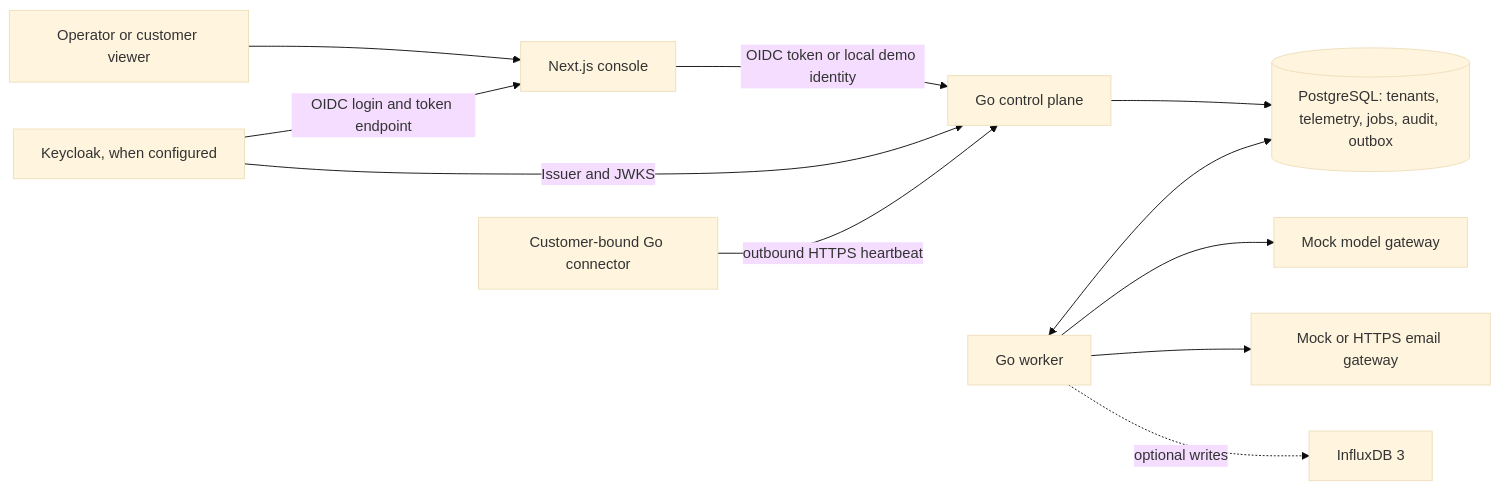
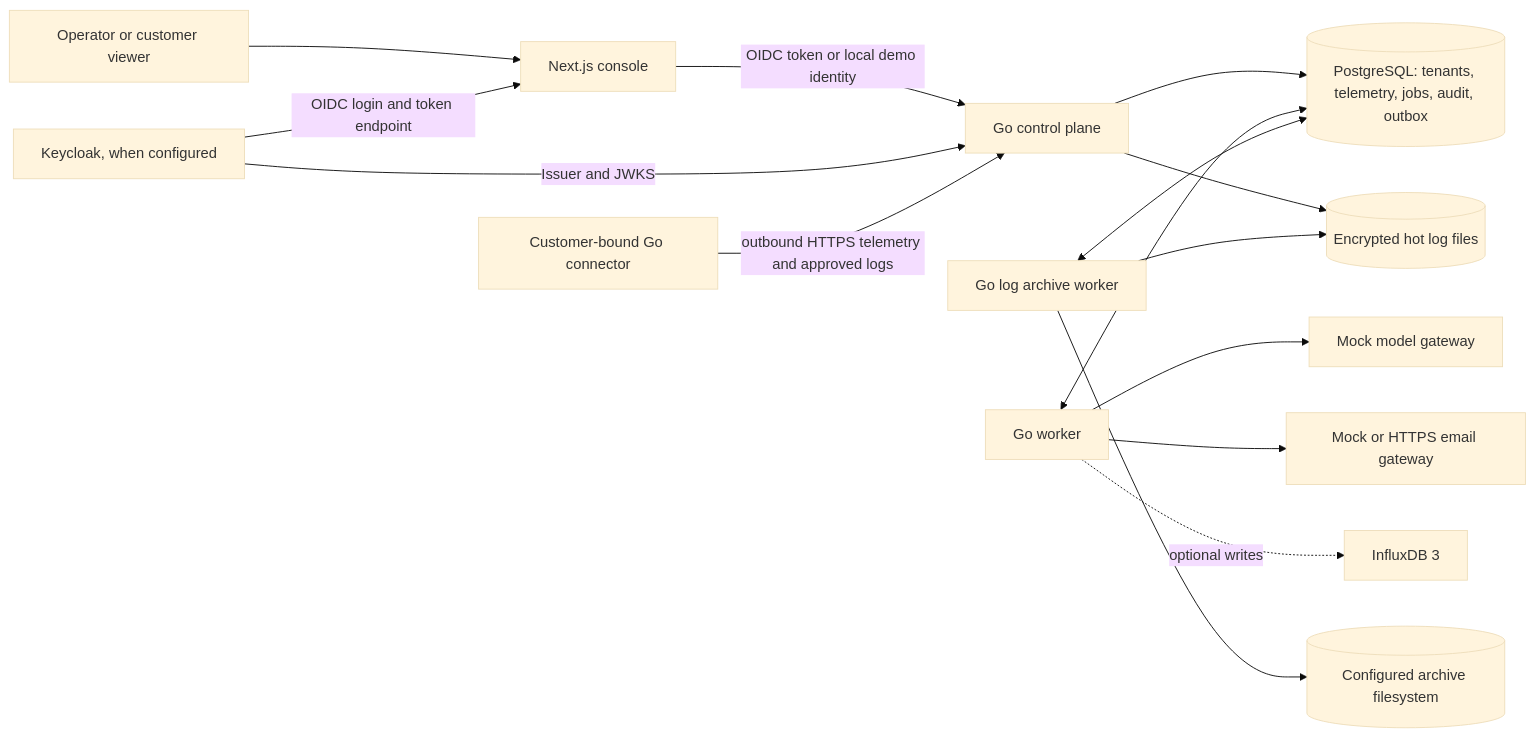
Before and after one commit to AbdulNafaySarmad1/Astraea: the diagram in README.md, drawn with Mermaid (base theme). The commit also changed other lines of this file and 37 other files, not shown here.

Commit message:
feat: ingest approved service logs and archive after 365 days

````diff
--- a/README.md
+++ b/README.md
@@ -25,13 +26,17 @@
 ```mermaid
 flowchart LR
   U[Operator or customer viewer] --> W[Next.js console]
   W -->|OIDC token or local demo identity| A[Go control plane]
   K[Keycloak, when configured] -->|OIDC login and token endpoint| W
   K -->|Issuer and JWKS| A
   A --> P[(PostgreSQL: tenants, telemetry, jobs, audit, outbox)]
-  C[Customer-bound Go connector] -->|outbound HTTPS heartbeat| A
+  C[Customer-bound Go connector] -->|outbound HTTPS telemetry and approved logs| A
   J[Go worker] <--> P
+  A --> H[(Encrypted hot log files)]
+  L[Go log archive worker] <--> P
+  L --> H
+  L --> R[(Configured archive filesystem)]
   J --> M[Mock model gateway]
   J --> E[Mock or HTTPS email gateway]
   J -. optional writes .-> I[InfluxDB 3]
 ```
````
